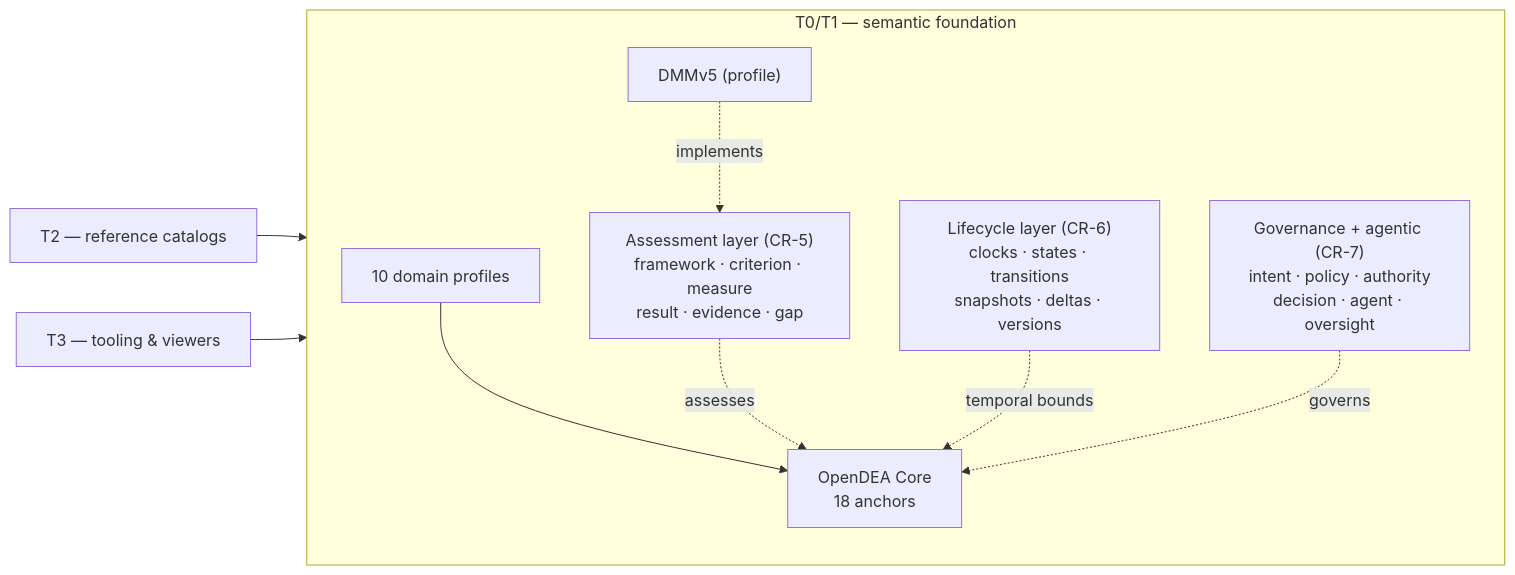
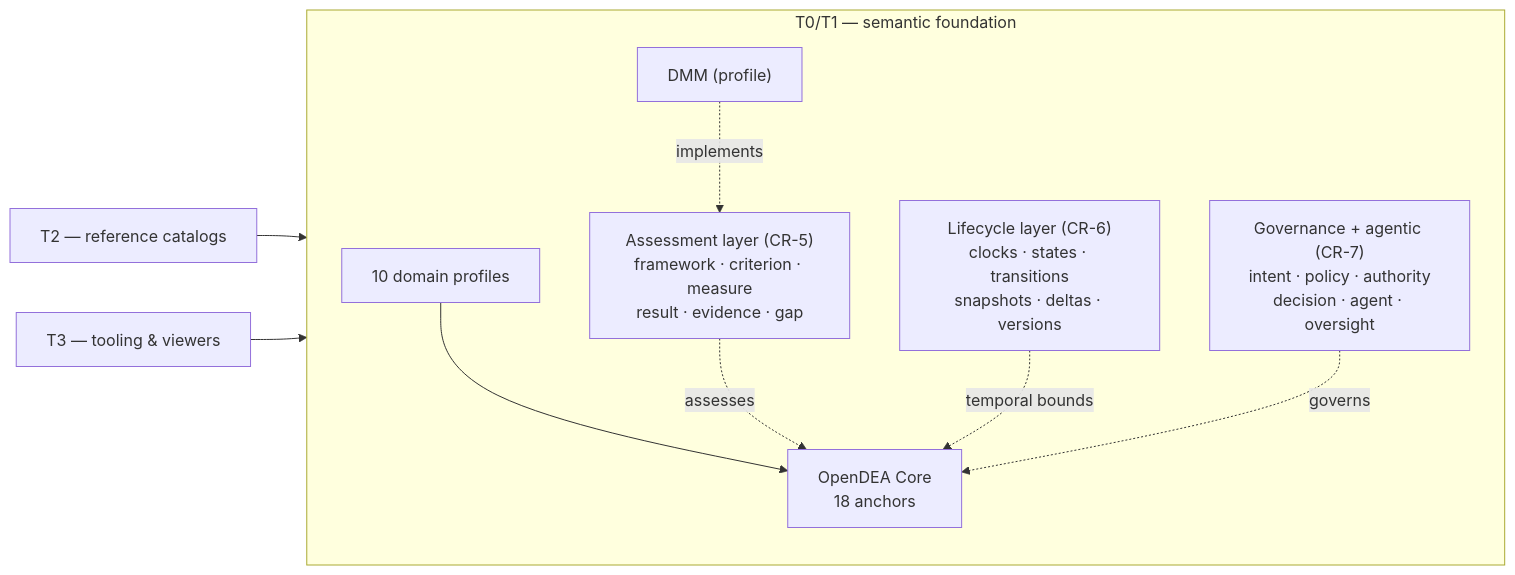
One commit to technehub-labs/.github changed the diagram in profile/README.md. Above: the diagram before and after it, drawn with Mermaid.

Commit message:
Correct DMM profile name in README

````diff
--- a/profile/README.md
+++ b/profile/README.md
@@ -50,18 +50,18 @@
 ```mermaid
 graph LR
     subgraph T0T1["T0/T1 — semantic foundation"]
         CORE["OpenDEA Core<br/>18 anchors"]
         PROF["10 domain profiles"]
         ASS["Assessment layer (CR-5)<br/>framework · criterion · measure<br/>result · evidence · gap"]
-        DMM["DMMv5 (profile)"]
+        DMM["DMM (profile)"]
         LFC["Lifecycle layer (CR-6)<br/>clocks · states · transitions<br/>snapshots · deltas · versions"]
         GOV["Governance + agentic (CR-7)<br/>intent · policy · authority<br/>decision · agent · oversight"]
     end
     T2["T2 — reference catalogs"] --> T0T1
     T3["T3 — tooling & viewers"] --> T0T1
     PROF --> CORE
     DMM -. implements .-> ASS
     ASS -. assesses .-> CORE
     LFC -. temporal bounds .-> CORE
     GOV -. governs .-> CORE
 ```
````
